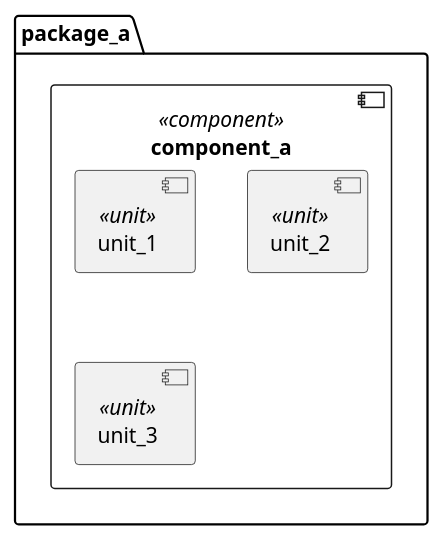
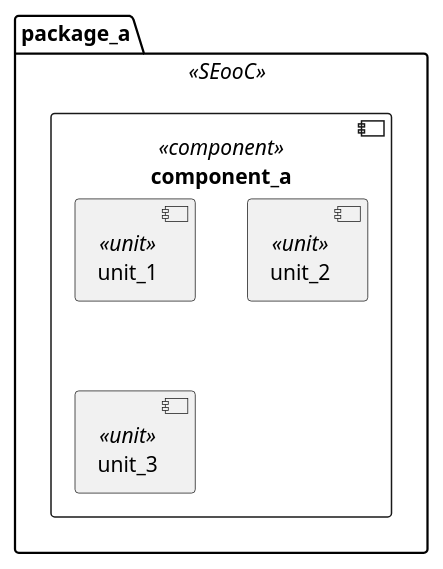
The diagram in validation/core/integration_test/component_sequence/negative_missing_participant/component_diagram.puml (eclipse-score/tooling), drawn with PlantUML before and after one commit. The commit also changed 248 other files, not shown here.

First line of the commit message:
plantuml, rules_score: resolve split views as one group

```diff
--- a/validation/core/integration_test/component_sequence/negative_missing_participant/component_diagram.puml
+++ b/validation/core/integration_test/component_sequence/negative_missing_participant/component_diagram.puml
@@ -14,11 +14,11 @@
 @startuml component_diagram
 
-package package_a {
+package package_a <<SEooC>> {
     component component_a <<component>> {
         component unit_1 <<unit>>
         component unit_2 <<unit>>
         component unit_3 <<unit>>
     }
 }
 
 @enduml
```
